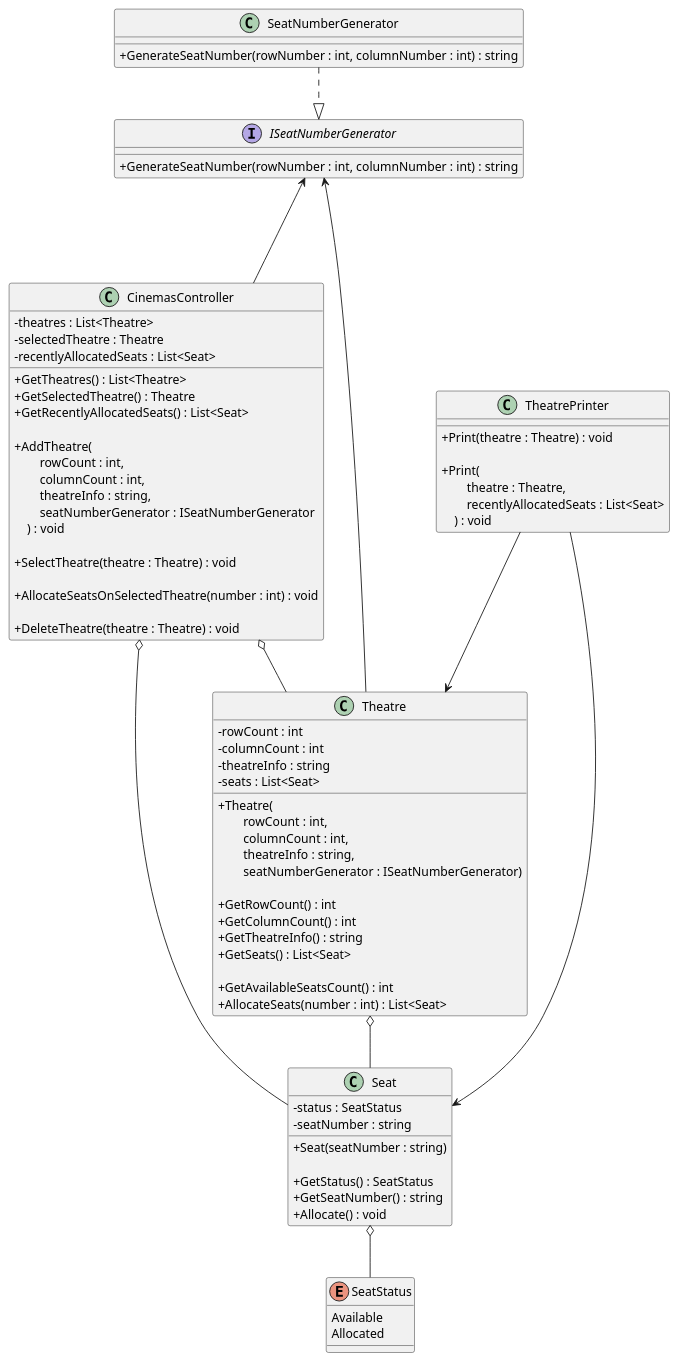
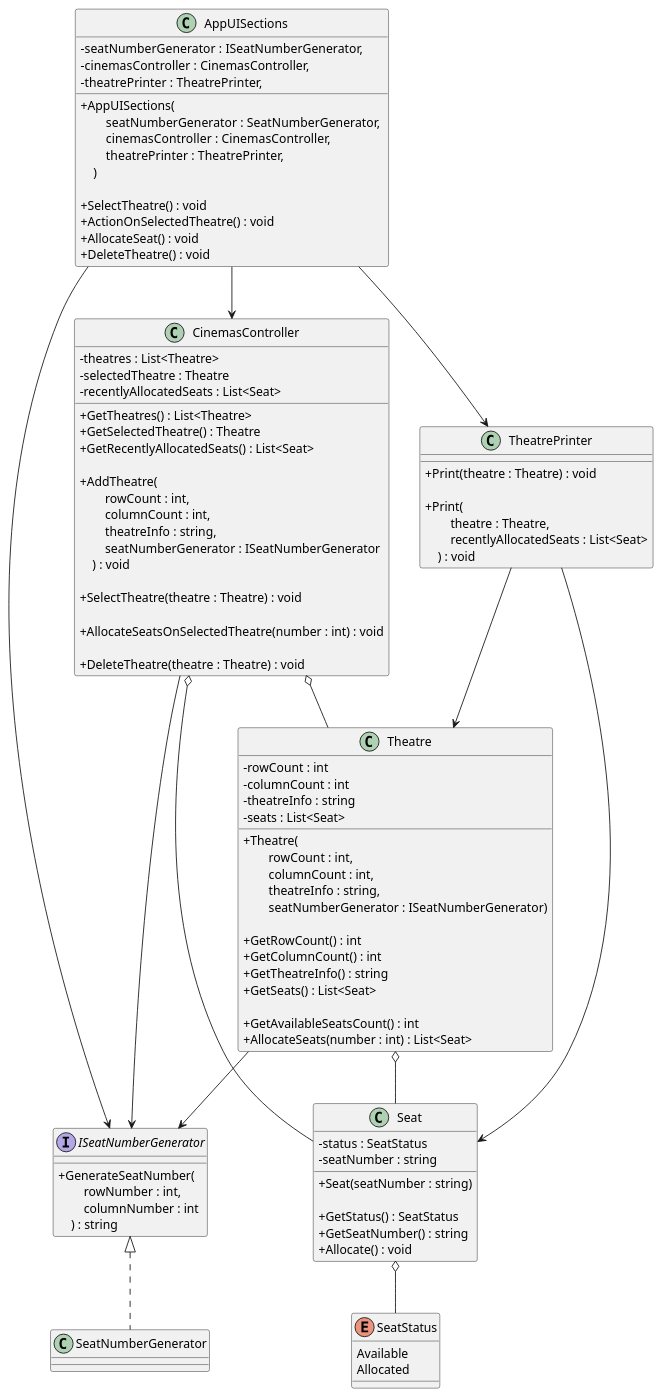
The diagram in diagrams/cinnamonCinemas.puml (iamfranco/CinnamonCinemasChallenge), drawn with PlantUML before and after one commit. The commit also changed 1 other file, not shown here.

Commit message:
UML: add AppUISections class

```diff
--- a/diagrams/cinnamonCinemas.puml
+++ b/diagrams/cinnamonCinemas.puml
@@ -1,95 +1,118 @@
 @startuml "cinnamon cinemas"
 skinparam ClassAttributeIconSize 0
+
+class AppUISections {
+    - seatNumberGenerator : ISeatNumberGenerator, 
+    - cinemasController : CinemasController,
+    - theatrePrinter : TheatrePrinter,
+
+    + AppUISections( \n\
+        seatNumberGenerator : SeatNumberGenerator, \n\
+        cinemasController : CinemasController, \n\
+        theatrePrinter : TheatrePrinter, \n\
+    )
+
+    + SelectTheatre() : void
+    + ActionOnSelectedTheatre() : void
+    + AllocateSeat() : void
+    + DeleteTheatre() : void
+}
 
 class TheatrePrinter {
     + Print(theatre : Theatre) : void
     
     + Print(\n\
         theatre : Theatre, \n\
         recentlyAllocatedSeats : List<Seat>\n\
     ) : void
 }
 
 interface ISeatNumberGenerator {
-    + GenerateSeatNumber(rowNumber : int, columnNumber : int) : string
+    + GenerateSeatNumber(\n\
+        rowNumber : int, \n\
+        columnNumber : int \n\
+    ) : string
 }
 
 class SeatNumberGenerator {
-    + GenerateSeatNumber(rowNumber : int, columnNumber : int) : string
 }
 
 class CinemasController {
     - theatres : List<Theatre>
     - selectedTheatre : Theatre
     - recentlyAllocatedSeats : List<Seat>
 
     + GetTheatres() : List<Theatre>
     + GetSelectedTheatre() : Theatre
     + GetRecentlyAllocatedSeats() : List<Seat>
 
     + AddTheatre(\n\
         rowCount : int, \n\
         columnCount : int, \n\
         theatreInfo : string, \n\
         seatNumberGenerator : ISeatNumberGenerator\n\
     ) : void
 
     + SelectTheatre(theatre : Theatre) : void
 
     + AllocateSeatsOnSelectedTheatre(number : int) : void
 
     + DeleteTheatre(theatre : Theatre) : void
 }
 
 class Theatre {
     - rowCount : int
     - columnCount : int
     - theatreInfo : string
     - seats : List<Seat>
 
     + Theatre(\n\
         rowCount : int, \n\
         columnCount : int, \n\
         theatreInfo : string, \n\
         seatNumberGenerator : ISeatNumberGenerator)
 
     + GetRowCount() : int
     + GetColumnCount() : int
     + GetTheatreInfo() : string
     + GetSeats() : List<Seat>
 
     + GetAvailableSeatsCount() : int
     + AllocateSeats(number : int) : List<Seat>
 }
 
 class Seat {
     - status : SeatStatus
     - seatNumber : string
 
     + Seat(seatNumber : string)
 
     + GetStatus() : SeatStatus
     + GetSeatNumber() : string
     + Allocate() : void
 }
 
 Enum SeatStatus {
     Available
     Allocated
 }
 
+AppUISections --> ISeatNumberGenerator
+AppUISections --> CinemasController
+AppUISections --> TheatrePrinter
+
 CinemasController o-- Theatre
 CinemasController o--- Seat
-CinemasController --u-> ISeatNumberGenerator
+CinemasController --> ISeatNumberGenerator
 
 TheatrePrinter --> Theatre
 TheatrePrinter ---> Seat
 
 Theatre o-- Seat
-Theatre --u-> ISeatNumberGenerator
+Theatre --> ISeatNumberGenerator
 
-ISeatNumberGenerator <|.u. SeatNumberGenerator
+ISeatNumberGenerator <|.. SeatNumberGenerator
 
 Seat o-- SeatStatus
 
 @enduml
```
